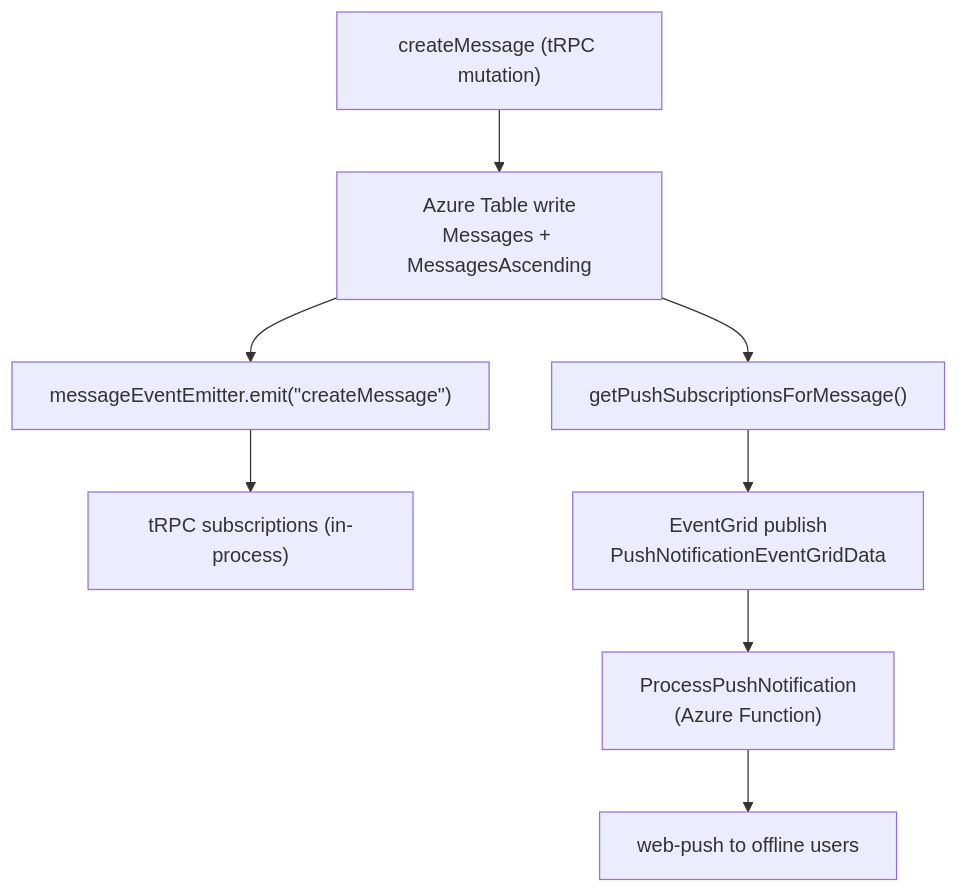
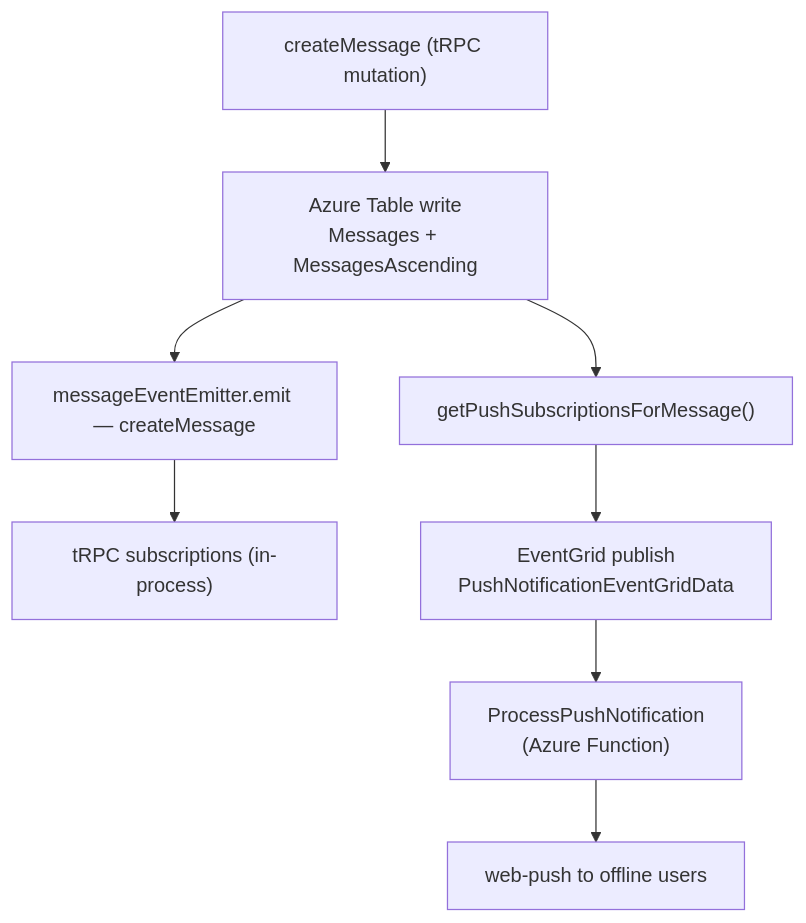
The second of 2 diagrams in packages/app/content/docs/architecture/azure-services.md (Esposter/Esposter), drawn with Mermaid before and after one commit. The commit also changed 8 other files, not shown here.

````diff
--- a/packages/app/content/docs/architecture/azure-services.md
+++ b/packages/app/content/docs/architecture/azure-services.md
@@ -94,10 +94,10 @@
 ```mermaid
 flowchart TD
   CM["createMessage (tRPC mutation)"] --> AT["Azure Table write<br/>Messages + MessagesAscending"]
-  AT --> EE["messageEventEmitter.emit(#quot;createMessage#quot;)"]
+  AT --> EE["messageEventEmitter.emit — createMessage"]
   EE --> SUB["tRPC subscriptions (in-process)"]
   AT --> PS["getPushSubscriptionsForMessage()"]
   PS --> EG["EventGrid publish<br/>PushNotificationEventGridData"]
   EG --> FN["ProcessPushNotification<br/>(Azure Function)"]
   FN --> WP["web-push to offline users"]
 ```
````
